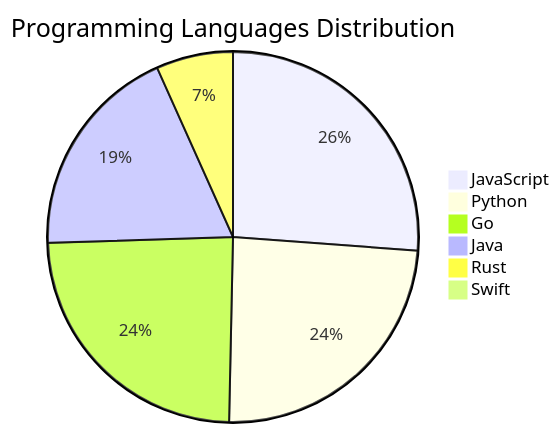
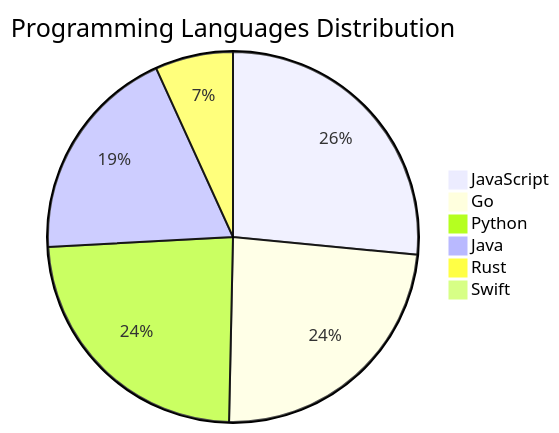
One commit to Derrick-MUGISHA/github-activity-bot changed the diagram in README.md. Above: the diagram before and after it, drawn with Mermaid. The commit also changed other lines of this file and 4 other files, not shown here.

````diff
--- a/README.md
+++ b/README.md
@@ -206,9 +206,9 @@
 ```mermaid
 pie title Programming Languages Distribution
     "JavaScript" : 39
-    "Python" : 36
-    "Go" : 36
+    "Go" : 35
+    "Python" : 35
     "Java" : 28
     "Rust" : 10
     "Swift" : 1
 ```
````
